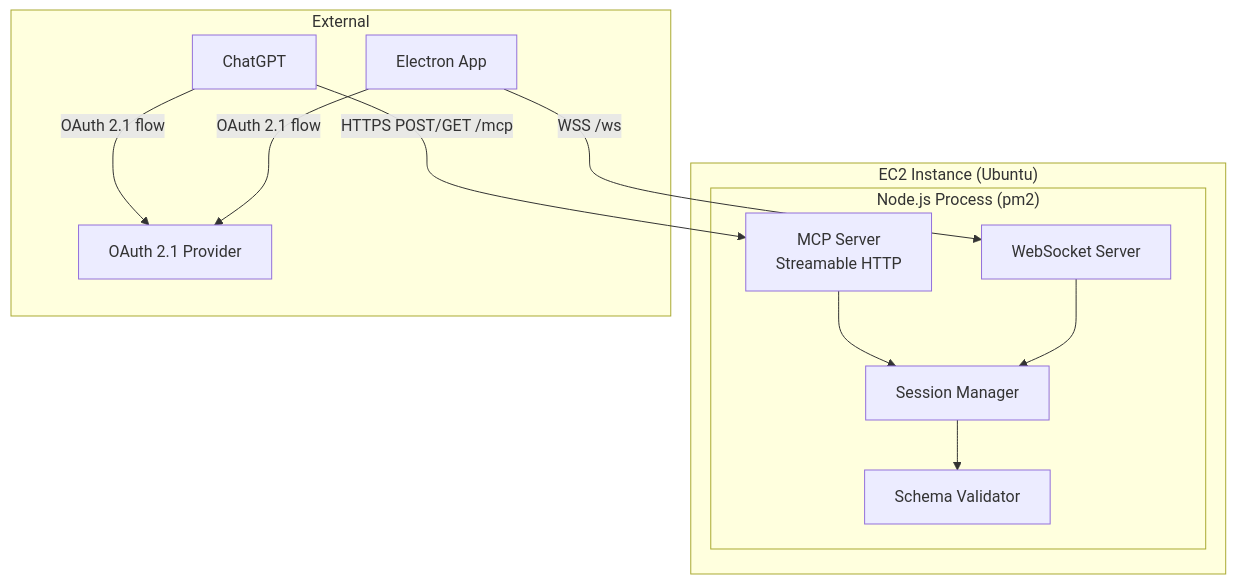
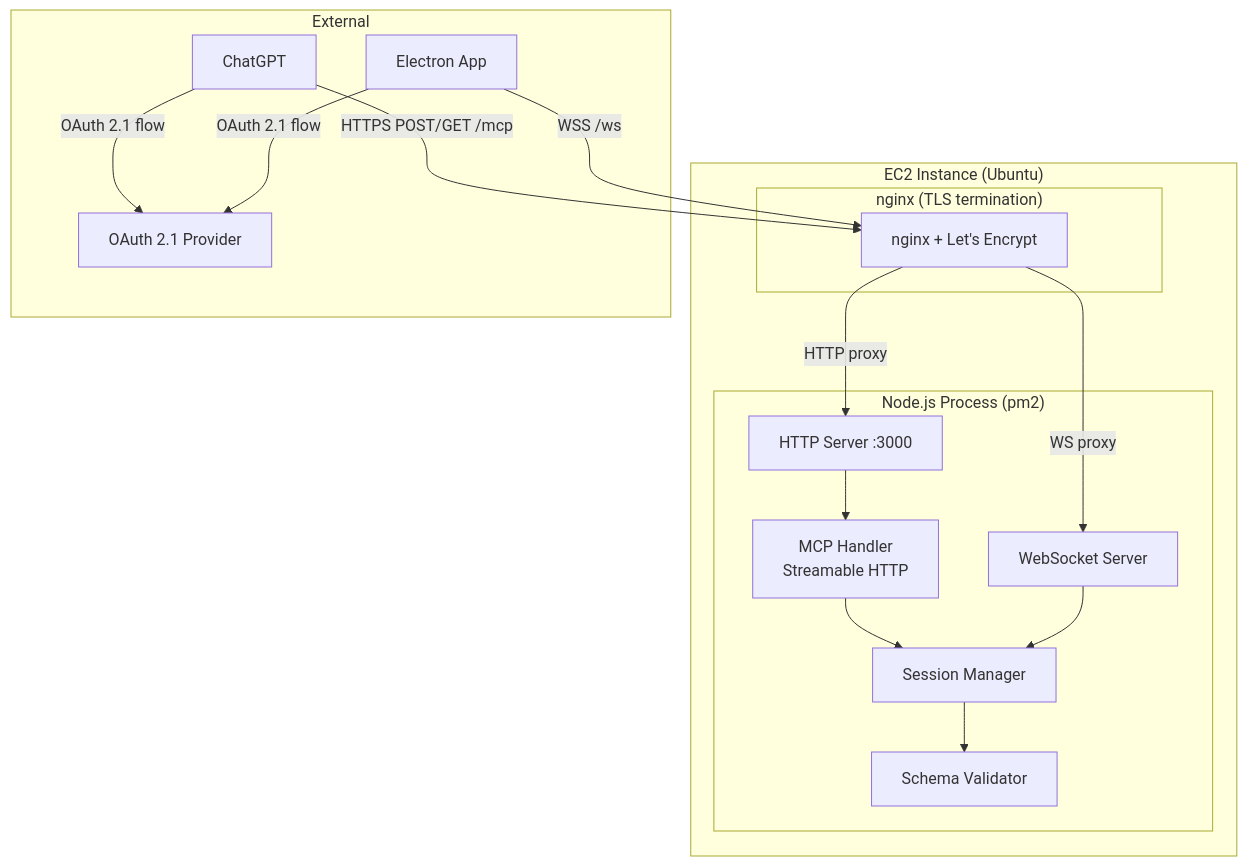
One commit to acl0056/xoxo changed the first of 2 diagrams in .kiro/specs/chatgpt-mcp-server/design.md. Above: the diagram before and after it, drawn with Mermaid. The commit also changed other lines of this file and 3 other files, not shown here.

````diff
--- a/.kiro/specs/chatgpt-mcp-server/design.md
+++ b/.kiro/specs/chatgpt-mcp-server/design.md
@@ -26,25 +32,32 @@
 ```mermaid
 graph TB
     subgraph "EC2 Instance (Ubuntu)"
+        subgraph "nginx (TLS termination)"
+            NGINX[nginx + Let's Encrypt]
+        end
         subgraph "Node.js Process (pm2)"
-            MCP[MCP Server<br/>Streamable HTTP]
+            HTTP[HTTP Server :3000]
+            MCP[MCP Handler<br/>Streamable HTTP]
             WS[WebSocket Server]
             SM[Session Manager]
             VAL[Schema Validator]
         end
     end
 
     subgraph "External"
         ChatGPT[ChatGPT]
         Electron[Electron App]
         Auth0[OAuth 2.1 Provider]
     end
 
-    ChatGPT -->|"HTTPS POST/GET /mcp"| MCP
-    Electron -->|"WSS /ws"| WS
+    ChatGPT -->|"HTTPS POST/GET /mcp"| NGINX
+    NGINX -->|"HTTP proxy"| HTTP
+    HTTP --> MCP
+    Electron -->|"WSS /ws"| NGINX
+    NGINX -->|"WS proxy"| WS
     ChatGPT -->|"OAuth 2.1 flow"| Auth0
     Electron -->|"OAuth 2.1 flow"| Auth0
     MCP --> SM
     WS --> SM
     SM --> VAL
 ```
````
